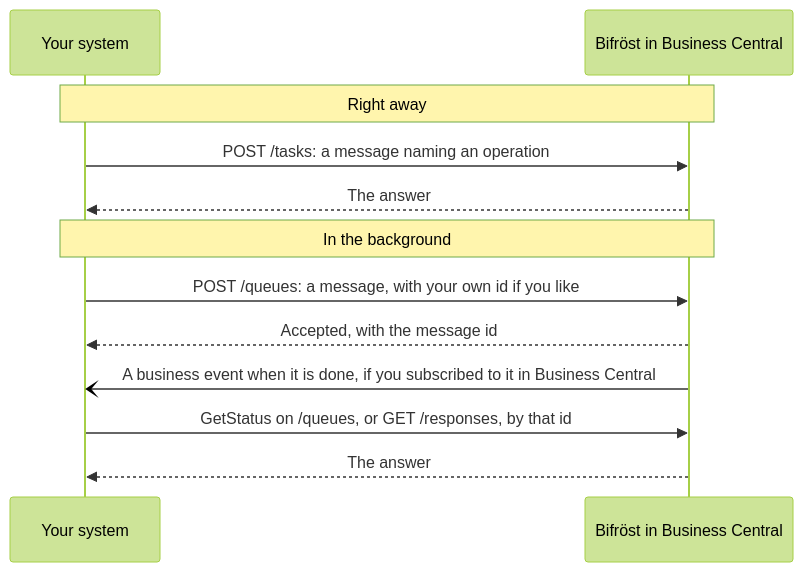
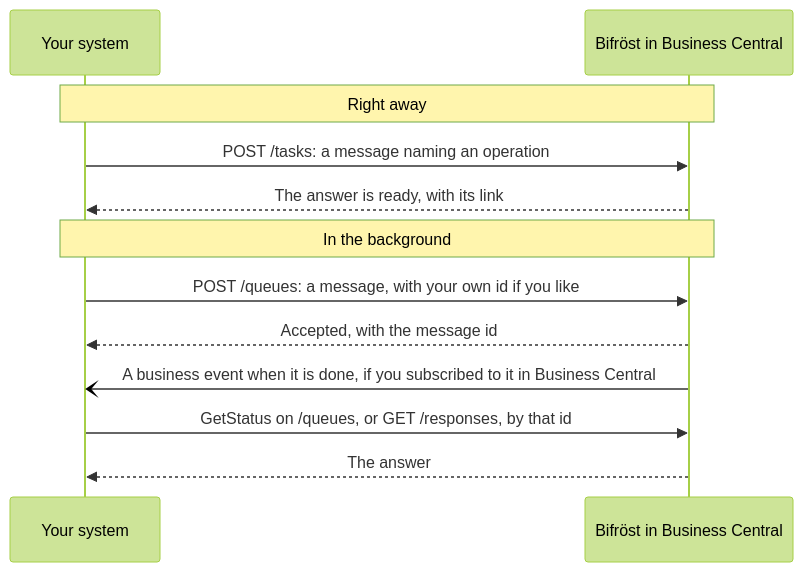
One commit to businesscentralal/bifrost changed the diagram in docs/documentation/developers.md. Above: the diagram before and after it, drawn with Mermaid (forest theme). The commit also changed other lines of this file and 33 other files, not shown here.

````diff
--- a/docs/documentation/developers.md
+++ b/docs/documentation/developers.md
@@ -35,14 +63,14 @@
 ```mermaid
 sequenceDiagram
   participant S as Your system
   participant B as Bifröst in Business Central
   Note over S,B: Right away
   S->>B: POST /tasks: a message naming an operation
-  B-->>S: The answer
+  B-->>S: The answer is ready, with its link
   Note over S,B: In the background
   S->>B: POST /queues: a message, with your own id if you like
   B-->>S: Accepted, with the message id
   B-)S: A business event when it is done, if you subscribed to it in Business Central
   S->>B: GetStatus on /queues, or GET /responses, by that id
   B-->>S: The answer
 ```
````
